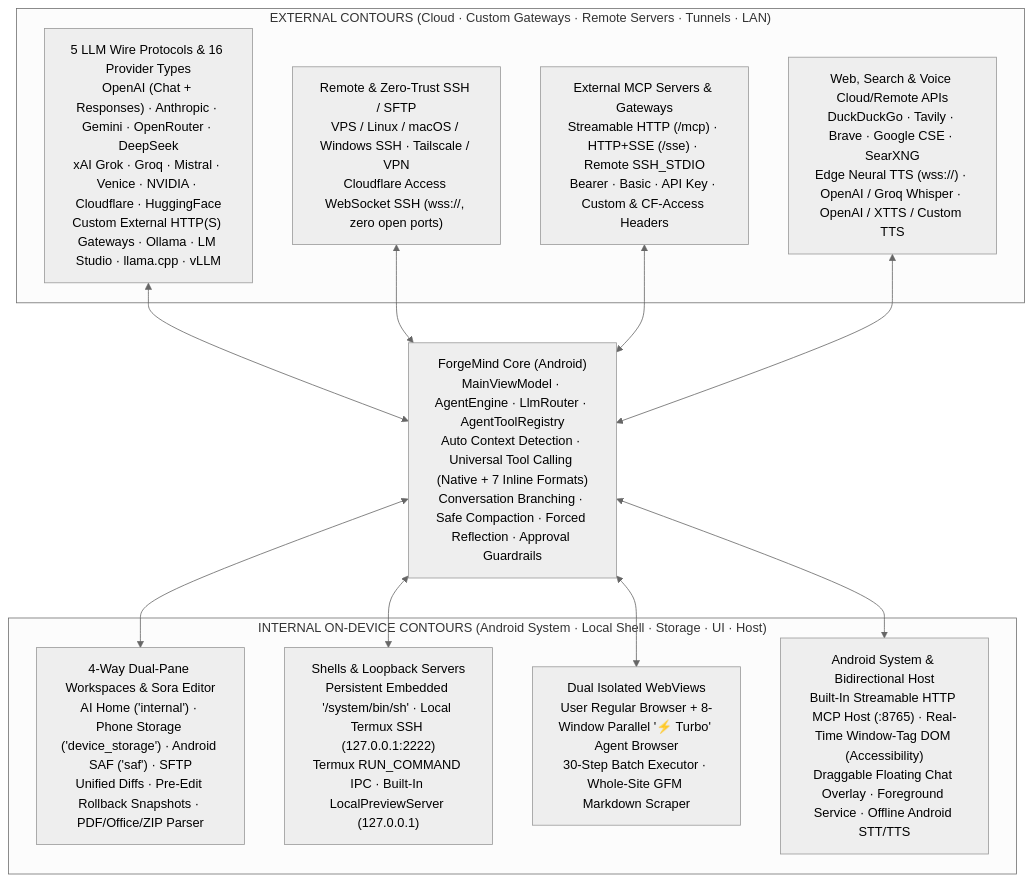
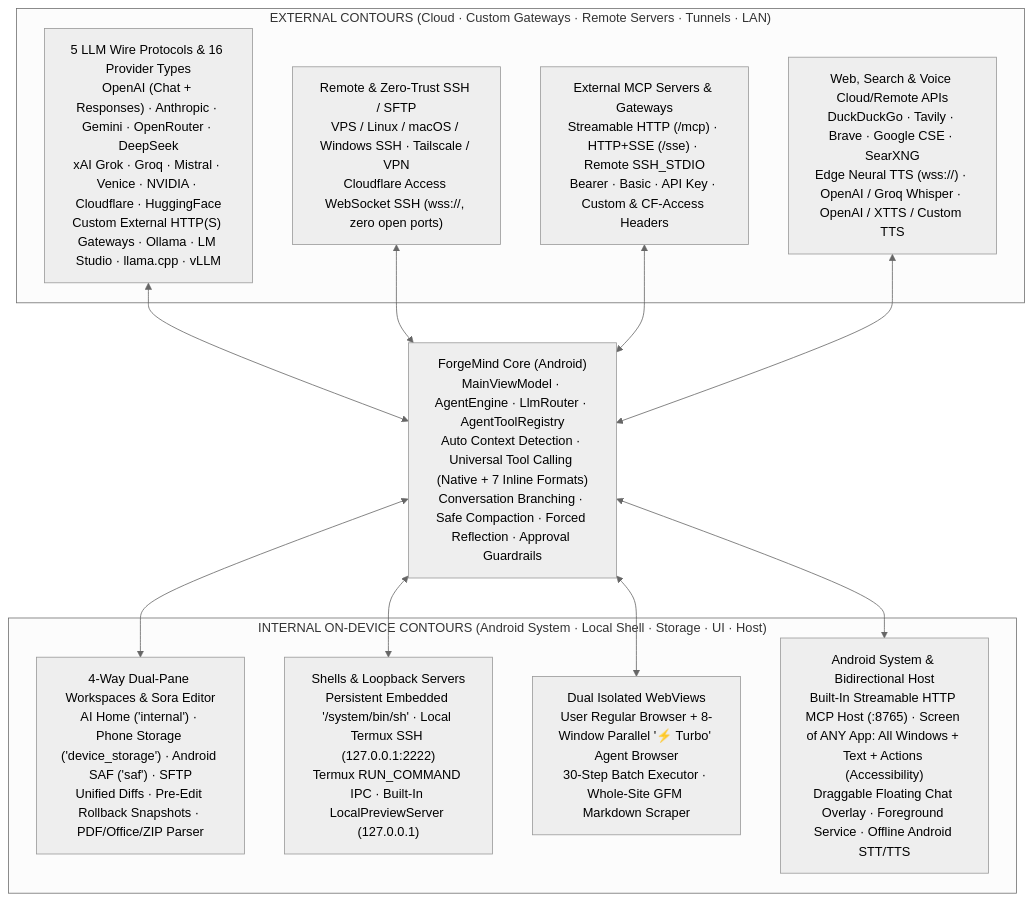
The diagram in README.md (DIIIUA/ForgeMind), drawn with Mermaid (neutral theme) before and after one commit. The commit also changed other lines of this file and 2 other files, not shown here.

Commit message:
docs: explicitly describe reading and operating the screen of any app across all windows

````diff
--- a/README.md
+++ b/README.md
@@ -35,27 +35,27 @@
 ```mermaid
 flowchart TB
     subgraph EXT["EXTERNAL CONTOURS (Cloud · Custom Gateways · Remote Servers · Tunnels · LAN)"]
         LLM_EXT["5 LLM Wire Protocols & 16 Provider Types<br/>OpenAI (Chat + Responses) · Anthropic · Gemini · OpenRouter · DeepSeek<br/>xAI Grok · Groq · Mistral · Venice · NVIDIA · Cloudflare · HuggingFace<br/>Custom External HTTP(S) Gateways · Ollama · LM Studio · llama.cpp · vLLM"]
         SSH_EXT["Remote & Zero-Trust SSH / SFTP<br/>VPS / Linux / macOS / Windows SSH · Tailscale / VPN<br/>Cloudflare Access WebSocket SSH (wss://, zero open ports)"]
         MCP_EXT["External MCP Servers & Gateways<br/>Streamable HTTP (/mcp) · HTTP+SSE (/sse) · Remote SSH_STDIO<br/>Bearer · Basic · API Key · Custom & CF-Access Headers"]
         WEB_EXT["Web, Search & Voice Cloud/Remote APIs<br/>DuckDuckGo · Tavily · Brave · Google CSE · SearXNG<br/>Edge Neural TTS (wss://) · OpenAI / Groq Whisper · OpenAI / XTTS / Custom TTS"]
     end
 
     CORE["ForgeMind Core (Android)<br/>MainViewModel · AgentEngine · LlmRouter · AgentToolRegistry<br/>Auto Context Detection · Universal Tool Calling (Native + 7 Inline Formats)<br/>Conversation Branching · Safe Compaction · Forced Reflection · Approval Guardrails"]
 
     subgraph INT["INTERNAL ON-DEVICE CONTOURS (Android System · Local Shell · Storage · UI · Host)"]
         FS_INT["4-Way Dual-Pane Workspaces & Sora Editor<br/>AI Home ('internal') · Phone Storage ('device_storage') · Android SAF ('saf') · SFTP<br/>Unified Diffs · Pre-Edit Rollback Snapshots · PDF/Office/ZIP Parser"]
         SH_INT["Shells & Loopback Servers<br/>Persistent Embedded '/system/bin/sh' · Local Termux SSH (127.0.0.1:2222)<br/>Termux RUN_COMMAND IPC · Built-In LocalPreviewServer (127.0.0.1)"]
         BR_INT["Dual Isolated WebViews<br/>User Regular Browser + 8-Window Parallel '⚡ Turbo' Agent Browser<br/>30-Step Batch Executor · Whole-Site GFM Markdown Scraper"]
-        SYS_INT["Android System & Bidirectional Host<br/>Built-In Streamable HTTP MCP Host (:8765) · Real-Time Window-Tag DOM (Accessibility)<br/>Draggable Floating Chat Overlay · Foreground Service · Offline Android STT/TTS"]
+        SYS_INT["Android System & Bidirectional Host<br/>Built-In Streamable HTTP MCP Host (:8765) · Screen of ANY App: All Windows + Text + Actions (Accessibility)<br/>Draggable Floating Chat Overlay · Foreground Service · Offline Android STT/TTS"]
     end
 
     LLM_EXT <--> CORE
     SSH_EXT <--> CORE
     MCP_EXT <--> CORE
     WEB_EXT <--> CORE
     CORE <--> FS_INT
     CORE <--> SH_INT
     CORE <--> BR_INT
     CORE <--> SYS_INT
 ```
````
